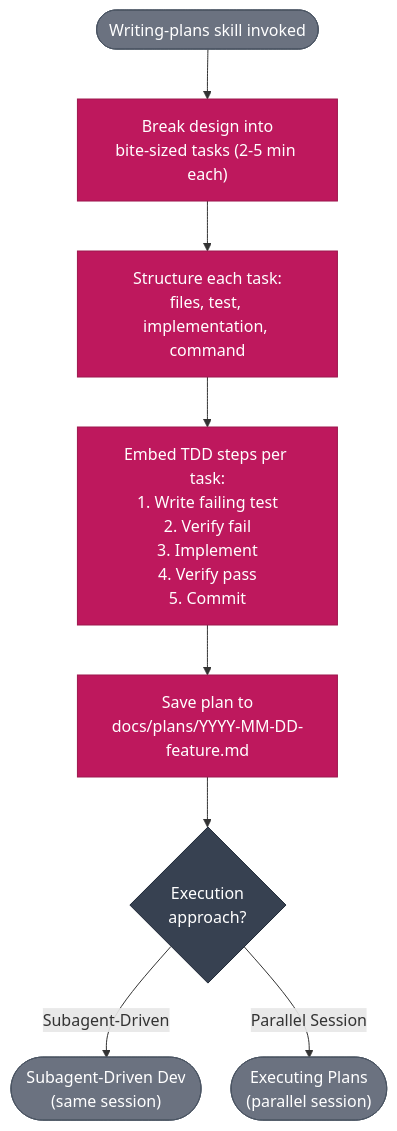
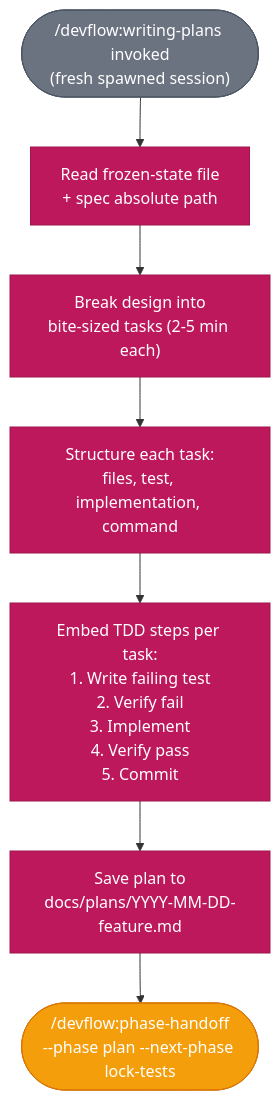
One commit to AndreJorgeLopes/devflow changed the third of 6 diagrams in visualizations/workflows/development-workflow.md. Above: the diagram before and after it, drawn with Mermaid. The commit also changed other lines of this file and 30 other files, not shown here.

````diff
--- a/visualizations/workflows/development-workflow.md
+++ b/visualizations/workflows/development-workflow.md
@@ -132,28 +118,26 @@
 ```mermaid
 %%{init: {'flowchart': {'rankSpacing': 50, 'nodeSpacing': 30, 'diagramPadding': 15}}}%%
 graph TD
-    P_START(["Writing-plans skill invoked"])
+    P_START(["/devflow:writing-plans invoked<br/>(fresh spawned session)"])
+    P_READ["Read frozen-state file<br/>+ spec absolute path"]
     P_BREAK["Break design into<br/>bite-sized tasks (2-5 min each)"]
     P_STRUCT["Structure each task:<br/>files, test, implementation, command"]
     P_TDD["Embed TDD steps per task:<br/>1. Write failing test<br/>2. Verify fail<br/>3. Implement<br/>4. Verify pass<br/>5. Commit"]
     P_SAVE["Save plan to<br/>docs/plans/YYYY-MM-DD-feature.md"]
-    P_CHOOSE{"Execution<br/>approach?"}
-    P_SDD(["Subagent-Driven Dev<br/>(same session)"])
-    P_EXEC(["Executing Plans<br/>(parallel session)"])
+    P_HANDOFF(["/devflow:phase-handoff<br/>--phase plan --next-phase lock-tests"])
 
-    P_START --> P_BREAK
+    P_START --> P_READ
+    P_READ --> P_BREAK
     P_BREAK --> P_STRUCT
     P_STRUCT --> P_TDD
     P_TDD --> P_SAVE
-    P_SAVE --> P_CHOOSE
-    P_CHOOSE -->|"Subagent-Driven"| P_SDD
-    P_CHOOSE -->|"Parallel Session"| P_EXEC
+    P_SAVE --> P_HANDOFF
 
     classDef skillsStyle fill:#be185d,color:#fff,stroke:#9d174d
-    classDef decisionStyle fill:#374151,color:#fff,stroke:#1f2937
+    classDef handoffStyle fill:#f59e0b,color:#fff,stroke:#d97706
     classDef terminalStyle fill:#6b7280,color:#fff,stroke:#4b5563
 
-    class P_BREAK,P_STRUCT,P_TDD,P_SAVE skillsStyle
-    class P_CHOOSE decisionStyle
-    class P_START,P_SDD,P_EXEC terminalStyle
+    class P_READ,P_BREAK,P_STRUCT,P_TDD,P_SAVE skillsStyle
+    class P_HANDOFF handoffStyle
+    class P_START terminalStyle
 ```
````
